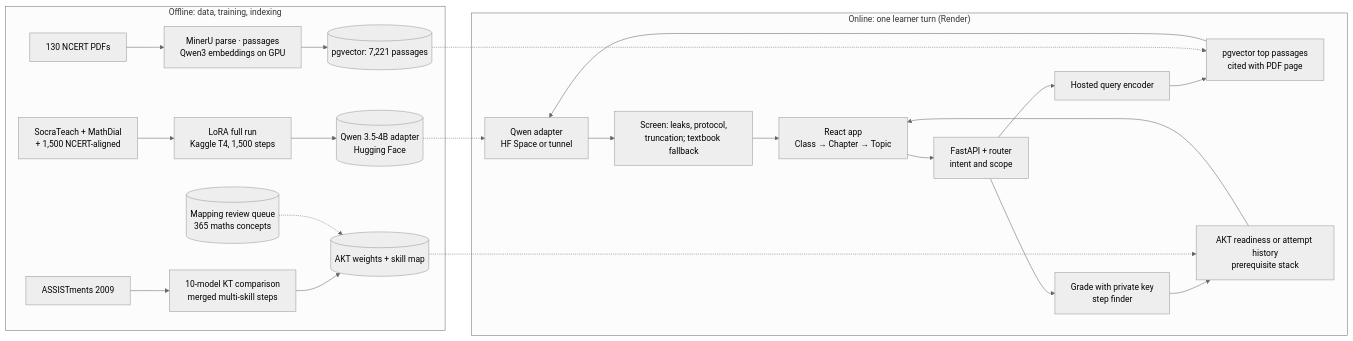
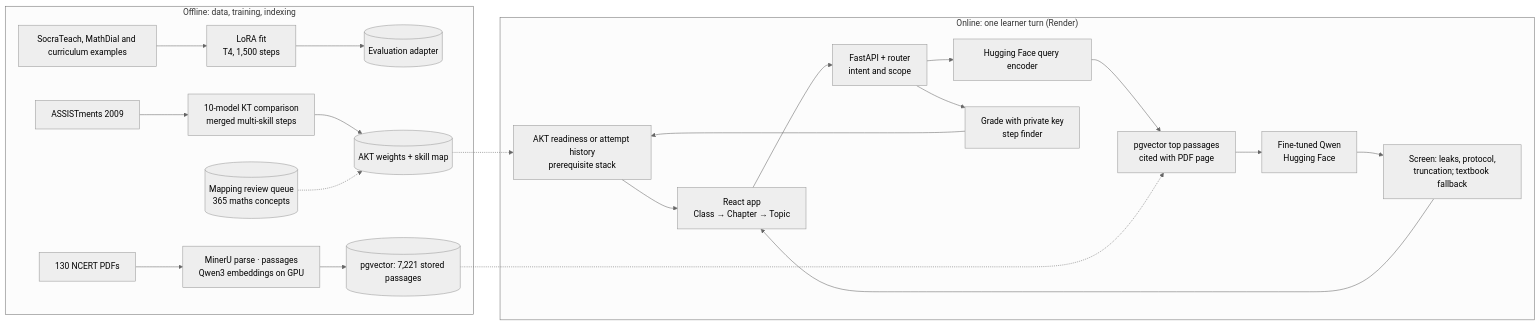
Before and after one commit to Hariomkr147/Group-2-DS-and-AI-Lab-Project: the diagram in docs/milestone 4/M4_Report.md, drawn with Mermaid (neutral theme). The commit also changed other lines of this file and 6 other files, not shown here.

````diff
--- a/docs/milestone 4/M4_Report.md
+++ b/docs/milestone 4/M4_Report.md
@@ -235,19 +235,18 @@
 ```mermaid
 flowchart LR
   subgraph Offline["Offline: data, training, indexing"]
-    D1[SocraTeach + MathDial<br/>+ 1,500 NCERT-aligned] --> T1[LoRA full run<br/>Kaggle T4, 1,500 steps] --> A1[(Qwen 3.5-4B adapter<br/>Hugging Face)]
+    D1[SocraTeach, MathDial and curriculum examples] --> T1[LoRA fit<br/>T4, 1,500 steps] --> A1[(Evaluation adapter)]
     D2[ASSISTments 2009] --> T2[10-model KT comparison<br/>merged multi-skill steps] --> A2[(AKT weights + skill map)]
-    D3[130 NCERT PDFs] --> P3[MinerU parse · passages<br/>Qwen3 embeddings on GPU] --> A3[(pgvector: 7,221 passages)]
+    D3[130 NCERT PDFs] --> P3[MinerU parse · passages<br/>Qwen3 embeddings on GPU] --> A3[(pgvector: 7,221 stored passages)]
     A4[(Mapping review queue<br/>365 maths concepts)] -.-> A2
   end
   subgraph Online["Online: one learner turn (Render)"]
     U[React app<br/>Class → Chapter → Topic] --> R0[FastAPI + router<br/>intent and scope]
-    R0 --> E[Hosted query encoder] --> V[pgvector top passages<br/>cited with PDF page]
-    V --> G[Qwen adapter<br/>HF Space or tunnel] --> S[Screen: leaks, protocol,<br/>truncation; textbook fallback]
+    R0 --> E[Hugging Face query encoder] --> V[pgvector top passages<br/>cited with PDF page]
+    V --> G[Fine-tuned Qwen<br/>Hugging Face] --> S[Screen: leaks, protocol,<br/>truncation; textbook fallback]
     S --> U
     R0 --> K[Grade with private key<br/>step finder] --> M[AKT readiness or attempt history<br/>prerequisite stack] --> U
   end
-  A1 -.-> G
   A2 -.-> M
   A3 -.-> V
 ```
````
